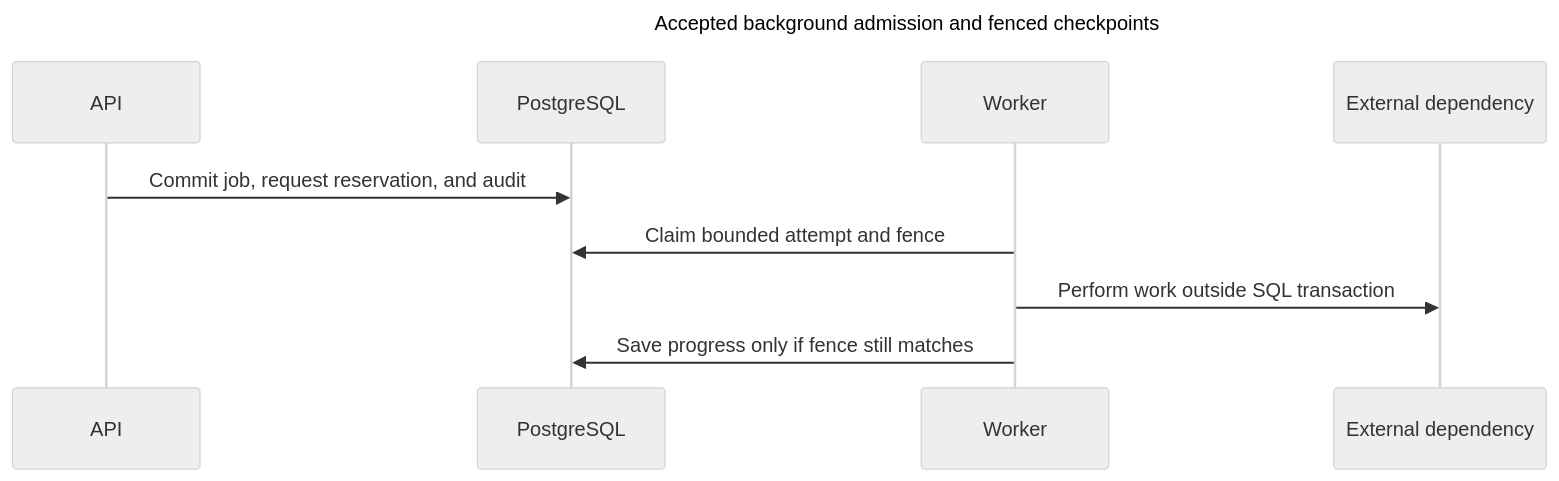
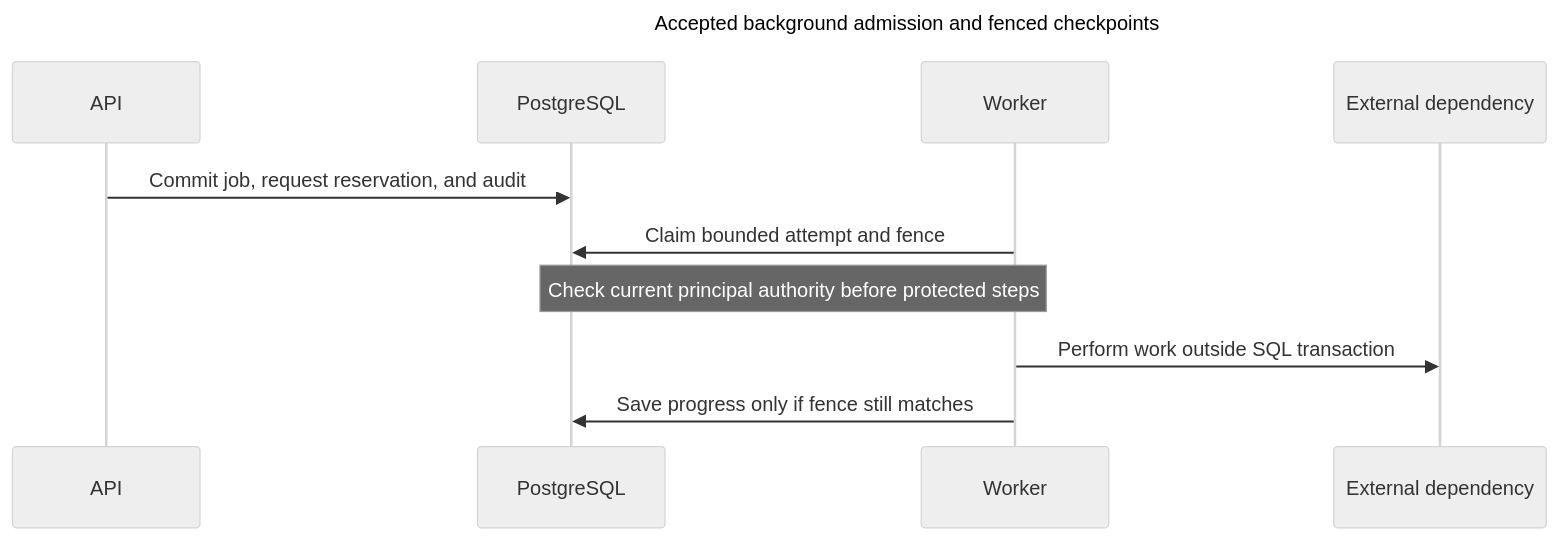
One commit to matejpalenik/inframeld changed the diagram in .agents/skills/inframeld-application-contracts/references/jobs-and-recovery.md. Above: the diagram before and after it, drawn with Mermaid (neutral theme). The commit also changed other lines of this file and 34 other files, not shown here.

````diff
--- a/.agents/skills/inframeld-application-contracts/references/jobs-and-recovery.md
+++ b/.agents/skills/inframeld-application-contracts/references/jobs-and-recovery.md
@@ -75,14 +89,15 @@
 ```mermaid
 ---
 title: "Accepted background admission and fenced checkpoints"
 ---
 sequenceDiagram
     participant API
     participant DB as PostgreSQL
     participant Worker
     participant Remote as External dependency
     API->>DB: Commit job, request reservation, and audit
     Worker->>DB: Claim bounded attempt and fence
+    Note over Worker,DB: Check current principal authority before protected steps
     Worker->>Remote: Perform work outside SQL transaction
     Worker->>DB: Save progress only if fence still matches
 ```
````
